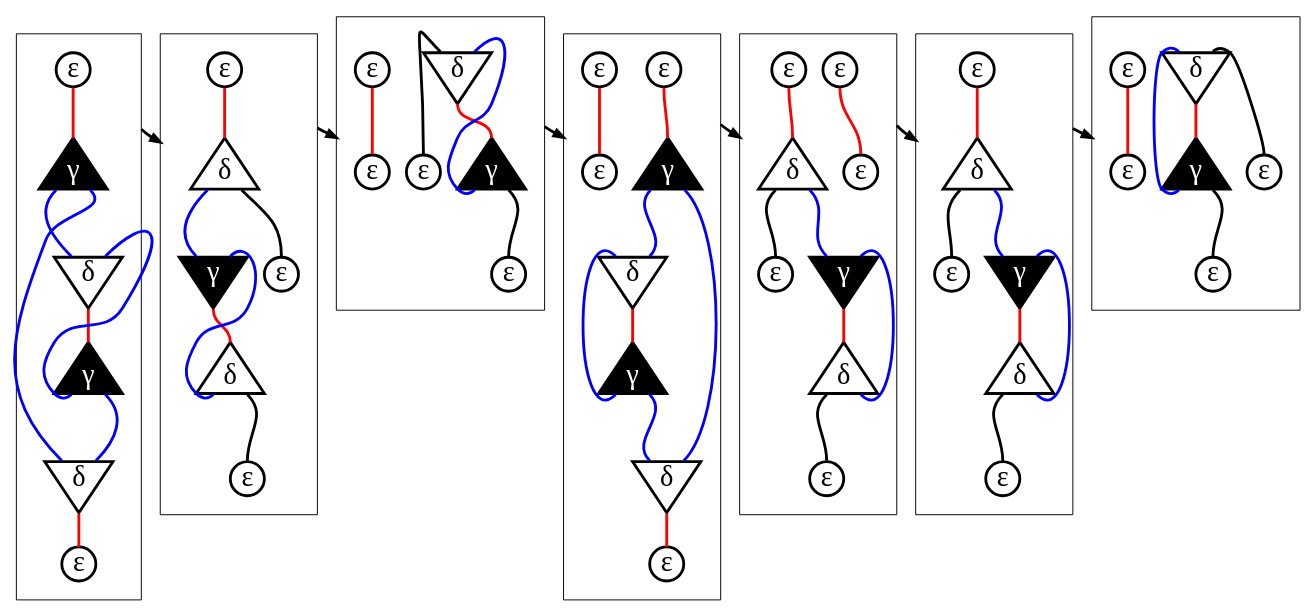
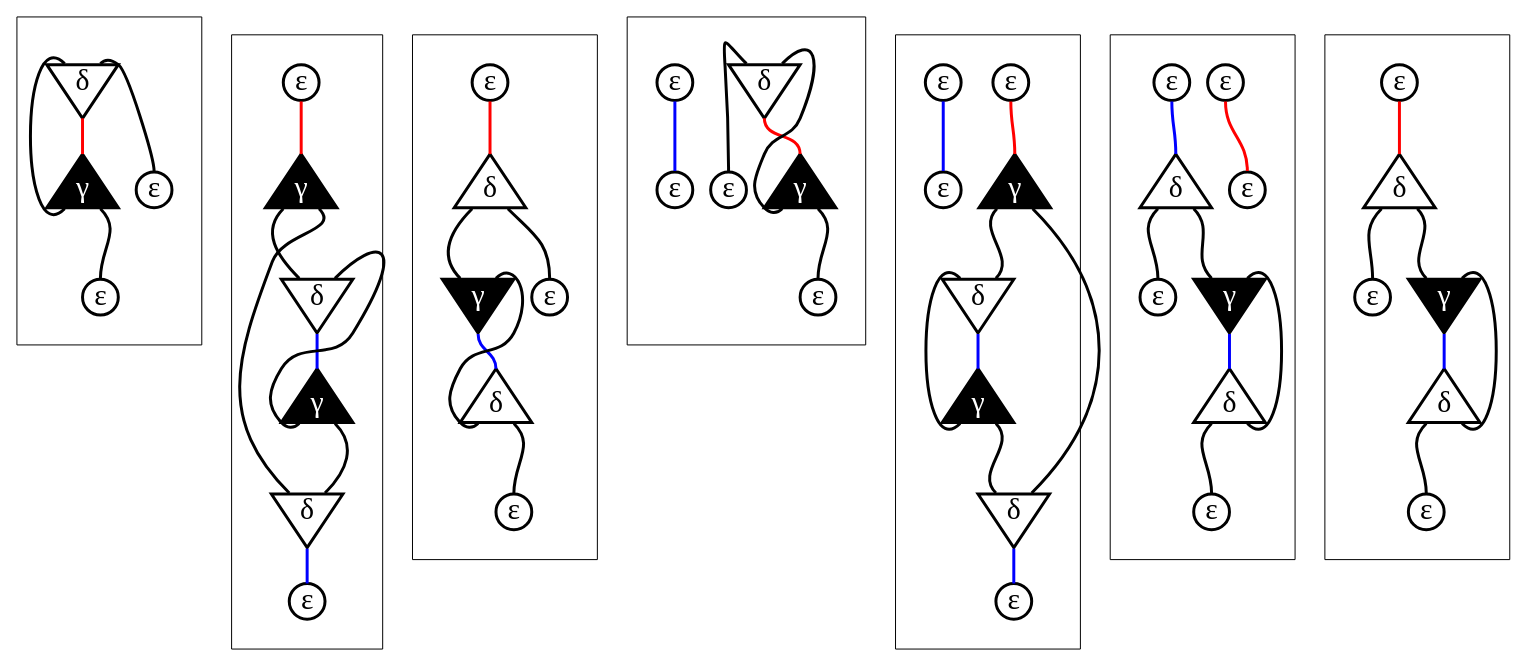
The diagram in inet.gv (FranchuFranchu/inet-gv), drawn with Graphviz before and after one commit. The commit also changed 2 other files, not shown here.

Commit message:
Now the reduced active pair is shown in red.

```diff
--- a/inet.gv
+++ b/inet.gv
@@ -1,5 +1,5 @@
 digraph inet {
-    graph [margin=20]
+    graph [margin=30]
     node [penwidth=3,fontsize=30]
     edge [penwidth=3]
     
@@ -7,120 +7,111 @@
     compound=true;
     subgraph cluster_step0 {
 dummy_0 [shape=point,style=invis];
-	 "sg0n0":s-> "sg0n4":n [color=red] [arrowhead=none];
-	 "sg0n4":sw-> "sg0n2":nw [color=blue] [arrowhead=none];
-	 "sg0n2":s-> "sg0n5":n [color=red] [arrowhead=none];
-	 "sg0n5":sw-> "sg0n2":ne [color=blue] [arrowhead=none];
-	 "sg0n5":se-> "sg0n3":ne [color=blue] [arrowhead=none];
-	 "sg0n3":s-> "sg0n1":n [color=red] [arrowhead=none];
-	"sg0n1" [label="ε", shape=circle, width=0.2,fixedsize=true,height=0.5,fontcolor=black] [orientation=0];
-	 "sg0n3":nw-> "sg0n4":se [color=blue] [arrowhead=none];
-	"sg0n3" [label="δ", margin=0,shape=triangle,fixedsize=true,width=1,fillcolor=black,height=1,style=stroke,fontcolor=black] [orientation=180];
-	"sg0n5" [label="γ", margin=0,shape=triangle,fixedsize=true,width=1,fillcolor=black,height=1,style=filled,fontcolor=white] [orientation=0];
-	"sg0n2" [label="δ", margin=0,shape=triangle,fixedsize=true,width=1,fillcolor=black,height=1,style=stroke,fontcolor=black] [orientation=180];
-	"sg0n4" [label="γ", margin=0,shape=triangle,fixedsize=true,width=1,fillcolor=black,height=1,style=filled,fontcolor=white] [orientation=0];
-	"sg0n0" [label="ε", shape=circle, width=0.2,fixedsize=true,height=0.5,fontcolor=black] [orientation=180];
+	 "sg0n0":s-> "sg0n1":n [color=red] [arrowhead=none];
+	 "sg0n1":sw-> "sg0n0":nw [color=black] [arrowhead=none];
+	 "sg0n1":se-> "sg0n3":n [color=black] [arrowhead=none];
+	"sg0n3" [label="ε", shape=circle, width=0.2,fixedsize=true,height=0.5,fontcolor=black] [orientation=0];
+	"sg0n1" [label="γ", margin=0,shape=triangle,fixedsize=true,width=1,fillcolor=black,height=1,style=filled,fontcolor=white] [orientation=0];
+	 "sg0n0":ne-> "sg0n2":n [color=black] [arrowhead=none];
+	"sg0n2" [label="ε", shape=circle, width=0.2,fixedsize=true,height=0.5,fontcolor=black] [orientation=0];
+	"sg0n0" [label="δ", margin=0,shape=triangle,fixedsize=true,width=1,fillcolor=black,height=1,style=stroke,fontcolor=black] [orientation=180];
 }
-dummy_0:s -> dummy_1:s [constraint=false,ltail=cluster_step0,lhead=cluster_step1];
 subgraph cluster_step1 {
 dummy_1 [shape=point,style=invis];
-	 "sg1n0":s-> "sg1n2":n [color=red] [arrowhead=none];
-	 "sg1n2":sw-> "sg1n3":nw [color=blue] [arrowhead=none];
-	 "sg1n3":s-> "sg1n1":n [color=red] [arrowhead=none];
-	 "sg1n1":sw-> "sg1n3":ne [color=blue] [arrowhead=none];
-	 "sg1n1":se-> "sg1n4":n [arrowhead=none];
-	"sg1n4" [label="ε", shape=circle, width=0.2,fixedsize=true,height=0.5,fontcolor=black] [orientation=0];
-	"sg1n1" [label="δ", margin=0,shape=triangle,fixedsize=true,width=1,fillcolor=black,height=1,style=stroke,fontcolor=black] [orientation=0];
-	"sg1n3" [label="γ", margin=0,shape=triangle,fixedsize=true,width=1,fillcolor=black,height=1,style=filled,fontcolor=white] [orientation=180];
-	 "sg1n2":se-> "sg1n5":n [arrowhead=none];
-	"sg1n5" [label="ε", shape=circle, width=0.2,fixedsize=true,height=0.5,fontcolor=black] [orientation=0];
-	"sg1n2" [label="δ", margin=0,shape=triangle,fixedsize=true,width=1,fillcolor=black,height=1,style=stroke,fontcolor=black] [orientation=0];
+	 "sg1n0":s-> "sg1n4":n [color=red] [arrowhead=none];
+	 "sg1n4":sw-> "sg1n2":nw [color=black] [arrowhead=none];
+	 "sg1n2":s-> "sg1n5":n [color=blue] [arrowhead=none];
+	 "sg1n5":sw-> "sg1n2":ne [color=black] [arrowhead=none];
+	 "sg1n5":se-> "sg1n3":ne [color=black] [arrowhead=none];
+	 "sg1n3":s-> "sg1n1":n [color=blue] [arrowhead=none];
+	"sg1n1" [label="ε", shape=circle, width=0.2,fixedsize=true,height=0.5,fontcolor=black] [orientation=0];
+	 "sg1n3":nw-> "sg1n4":se [color=black] [arrowhead=none];
+	"sg1n3" [label="δ", margin=0,shape=triangle,fixedsize=true,width=1,fillcolor=black,height=1,style=stroke,fontcolor=black] [orientation=180];
+	"sg1n5" [label="γ", margin=0,shape=triangle,fixedsize=true,width=1,fillcolor=black,height=1,style=filled,fontcolor=white] [orientation=0];
+	"sg1n2" [label="δ", margin=0,shape=triangle,fixedsize=true,width=1,fillcolor=black,height=1,style=stroke,fontcolor=black] [orientation=180];
+	"sg1n4" [label="γ", margin=0,shape=triangle,fixedsize=true,width=1,fillcolor=black,height=1,style=filled,fontcolor=white] [orientation=0];
 	"sg1n0" [label="ε", shape=circle, width=0.2,fixedsize=true,height=0.5,fontcolor=black] [orientation=180];
 }
-dummy_1:s -> dummy_2:s [constraint=false,ltail=cluster_step1,lhead=cluster_step2];
 subgraph cluster_step2 {
 dummy_2 [shape=point,style=invis];
-	 "sg2n0":s-> "sg2n1":n [color=red] [arrowhead=none];
-	 "sg2n1":sw-> "sg2n0":ne [color=blue] [arrowhead=none];
-	 "sg2n1":se-> "sg2n4":n [arrowhead=none];
+	 "sg2n0":s-> "sg2n2":n [color=red] [arrowhead=none];
+	 "sg2n2":sw-> "sg2n3":nw [color=black] [arrowhead=none];
+	 "sg2n3":s-> "sg2n1":n [color=blue] [arrowhead=none];
+	 "sg2n1":sw-> "sg2n3":ne [color=black] [arrowhead=none];
+	 "sg2n1":se-> "sg2n4":n [color=black] [arrowhead=none];
 	"sg2n4" [label="ε", shape=circle, width=0.2,fixedsize=true,height=0.5,fontcolor=black] [orientation=0];
-	"sg2n1" [label="γ", margin=0,shape=triangle,fixedsize=true,width=1,fillcolor=black,height=1,style=filled,fontcolor=white] [orientation=0];
-	 "sg2n0":nw-> "sg2n2":n [arrowhead=none];
-	"sg2n2" [label="ε", shape=circle, width=0.2,fixedsize=true,height=0.5,fontcolor=black] [orientation=0];
-	"sg2n0" [label="δ", margin=0,shape=triangle,fixedsize=true,width=1,fillcolor=black,height=1,style=stroke,fontcolor=black] [orientation=180];
-	 "sg2n3":s-> "sg2n5":n [color=red] [arrowhead=none];
+	"sg2n1" [label="δ", margin=0,shape=triangle,fixedsize=true,width=1,fillcolor=black,height=1,style=stroke,fontcolor=black] [orientation=0];
+	"sg2n3" [label="γ", margin=0,shape=triangle,fixedsize=true,width=1,fillcolor=black,height=1,style=filled,fontcolor=white] [orientation=180];
+	 "sg2n2":se-> "sg2n5":n [color=black] [arrowhead=none];
 	"sg2n5" [label="ε", shape=circle, width=0.2,fixedsize=true,height=0.5,fontcolor=black] [orientation=0];
-	"sg2n3" [label="ε", shape=circle, width=0.2,fixedsize=true,height=0.5,fontcolor=black] [orientation=180];
+	"sg2n2" [label="δ", margin=0,shape=triangle,fixedsize=true,width=1,fillcolor=black,height=1,style=stroke,fontcolor=black] [orientation=0];
+	"sg2n0" [label="ε", shape=circle, width=0.2,fixedsize=true,height=0.5,fontcolor=black] [orientation=180];
 }
-dummy_2:s -> dummy_3:s [constraint=false,ltail=cluster_step2,lhead=cluster_step3];
 subgraph cluster_step3 {
 dummy_3 [shape=point,style=invis];
-	 "sg3n0":s-> "sg3n7":n [color=red] [arrowhead=none];
-	 "sg3n7":sw-> "sg3n4":ne [color=blue] [arrowhead=none];
-	 "sg3n4":s-> "sg3n6":n [color=red] [arrowhead=none];
-	 "sg3n6":sw-> "sg3n4":nw [color=blue] [arrowhead=none];
-	 "sg3n6":se-> "sg3n5":nw [color=blue] [arrowhead=none];
-	 "sg3n5":s-> "sg3n2":n [color=red] [arrowhead=none];
+	 "sg3n0":s-> "sg3n1":n [color=red] [arrowhead=none];
+	 "sg3n1":sw-> "sg3n0":ne [color=black] [arrowhead=none];
+	 "sg3n1":se-> "sg3n4":n [color=black] [arrowhead=none];
+	"sg3n4" [label="ε", shape=circle, width=0.2,fixedsize=true,height=0.5,fontcolor=black] [orientation=0];
+	"sg3n1" [label="γ", margin=0,shape=triangle,fixedsize=true,width=1,fillcolor=black,height=1,style=filled,fontcolor=white] [orientation=0];
+	 "sg3n0":nw-> "sg3n2":n [color=black] [arrowhead=none];
 	"sg3n2" [label="ε", shape=circle, width=0.2,fixedsize=true,height=0.5,fontcolor=black] [orientation=0];
-	 "sg3n5":ne-> "sg3n7":se [color=blue] [arrowhead=none];
-	"sg3n5" [label="δ", margin=0,shape=triangle,fixedsize=true,width=1,fillcolor=black,height=1,style=stroke,fontcolor=black] [orientation=180];
-	"sg3n6" [label="γ", margin=0,shape=triangle,fixedsize=true,width=1,fillcolor=black,height=1,style=filled,fontcolor=white] [orientation=0];
-	"sg3n4" [label="δ", margin=0,shape=triangle,fixedsize=true,width=1,fillcolor=black,height=1,style=stroke,fontcolor=black] [orientation=180];
-	"sg3n7" [label="γ", margin=0,shape=triangle,fixedsize=true,width=1,fillcolor=black,height=1,style=filled,fontcolor=white] [orientation=0];
-	"sg3n0" [label="ε", shape=circle, width=0.2,fixedsize=true,height=0.5,fontcolor=black] [orientation=180];
-	 "sg3n1":s-> "sg3n3":n [color=red] [arrowhead=none];
-	"sg3n3" [label="ε", shape=circle, width=0.2,fixedsize=true,height=0.5,fontcolor=black] [orientation=0];
-	"sg3n1" [label="ε", shape=circle, width=0.2,fixedsize=true,height=0.5,fontcolor=black] [orientation=180];
+	"sg3n0" [label="δ", margin=0,shape=triangle,fixedsize=true,width=1,fillcolor=black,height=1,style=stroke,fontcolor=black] [orientation=180];
+	 "sg3n3":s-> "sg3n5":n [color=blue] [arrowhead=none];
+	"sg3n5" [label="ε", shape=circle, width=0.2,fixedsize=true,height=0.5,fontcolor=black] [orientation=0];
+	"sg3n3" [label="ε", shape=circle, width=0.2,fixedsize=true,height=0.5,fontcolor=black] [orientation=180];
 }
-dummy_3:s -> dummy_4:s [constraint=false,ltail=cluster_step3,lhead=cluster_step4];
 subgraph cluster_step4 {
 dummy_4 [shape=point,style=invis];
-	 "sg4n0":s-> "sg4n2":n [color=red] [arrowhead=none];
+	 "sg4n0":s-> "sg4n7":n [color=red] [arrowhead=none];
+	 "sg4n7":sw-> "sg4n4":ne [color=black] [arrowhead=none];
+	 "sg4n4":s-> "sg4n6":n [color=blue] [arrowhead=none];
+	 "sg4n6":sw-> "sg4n4":nw [color=black] [arrowhead=none];
+	 "sg4n6":se-> "sg4n5":nw [color=black] [arrowhead=none];
+	 "sg4n5":s-> "sg4n2":n [color=blue] [arrowhead=none];
 	"sg4n2" [label="ε", shape=circle, width=0.2,fixedsize=true,height=0.5,fontcolor=black] [orientation=0];
+	 "sg4n5":ne-> "sg4n7":se [color=black] [arrowhead=none];
+	"sg4n5" [label="δ", margin=0,shape=triangle,fixedsize=true,width=1,fillcolor=black,height=1,style=stroke,fontcolor=black] [orientation=180];
+	"sg4n6" [label="γ", margin=0,shape=triangle,fixedsize=true,width=1,fillcolor=black,height=1,style=filled,fontcolor=white] [orientation=0];
+	"sg4n4" [label="δ", margin=0,shape=triangle,fixedsize=true,width=1,fillcolor=black,height=1,style=stroke,fontcolor=black] [orientation=180];
+	"sg4n7" [label="γ", margin=0,shape=triangle,fixedsize=true,width=1,fillcolor=black,height=1,style=filled,fontcolor=white] [orientation=0];
 	"sg4n0" [label="ε", shape=circle, width=0.2,fixedsize=true,height=0.5,fontcolor=black] [orientation=180];
-	 "sg4n1":s-> "sg4n4":n [color=red] [arrowhead=none];
-	 "sg4n4":sw-> "sg4n7":n [arrowhead=none];
-	"sg4n7" [label="ε", shape=circle, width=0.2,fixedsize=true,height=0.5,fontcolor=black] [orientation=0];
-	 "sg4n4":se-> "sg4n5":nw [color=blue] [arrowhead=none];
-	 "sg4n5":s-> "sg4n3":n [color=red] [arrowhead=none];
-	 "sg4n3":sw-> "sg4n6":n [arrowhead=none];
-	"sg4n6" [label="ε", shape=circle, width=0.2,fixedsize=true,height=0.5,fontcolor=black] [orientation=0];
-	 "sg4n3":se-> "sg4n5":ne [color=blue] [arrowhead=none];
-	"sg4n3" [label="δ", margin=0,shape=triangle,fixedsize=true,width=1,fillcolor=black,height=1,style=stroke,fontcolor=black] [orientation=0];
-	"sg4n5" [label="γ", margin=0,shape=triangle,fixedsize=true,width=1,fillcolor=black,height=1,style=filled,fontcolor=white] [orientation=180];
-	"sg4n4" [label="δ", margin=0,shape=triangle,fixedsize=true,width=1,fillcolor=black,height=1,style=stroke,fontcolor=black] [orientation=0];
+	 "sg4n1":s-> "sg4n3":n [color=blue] [arrowhead=none];
+	"sg4n3" [label="ε", shape=circle, width=0.2,fixedsize=true,height=0.5,fontcolor=black] [orientation=0];
 	"sg4n1" [label="ε", shape=circle, width=0.2,fixedsize=true,height=0.5,fontcolor=black] [orientation=180];
 }
-dummy_4:s -> dummy_5:s [constraint=false,ltail=cluster_step4,lhead=cluster_step5];
 subgraph cluster_step5 {
 dummy_5 [shape=point,style=invis];
 	 "sg5n0":s-> "sg5n2":n [color=red] [arrowhead=none];
-	 "sg5n2":sw-> "sg5n5":n [arrowhead=none];
-	"sg5n5" [label="ε", shape=circle, width=0.2,fixedsize=true,height=0.5,fontcolor=black] [orientation=0];
-	 "sg5n2":se-> "sg5n3":nw [color=blue] [arrowhead=none];
-	 "sg5n3":s-> "sg5n1":n [color=red] [arrowhead=none];
-	 "sg5n1":sw-> "sg5n4":n [arrowhead=none];
-	"sg5n4" [label="ε", shape=circle, width=0.2,fixedsize=true,height=0.5,fontcolor=black] [orientation=0];
-	 "sg5n1":se-> "sg5n3":ne [color=blue] [arrowhead=none];
-	"sg5n1" [label="δ", margin=0,shape=triangle,fixedsize=true,width=1,fillcolor=black,height=1,style=stroke,fontcolor=black] [orientation=0];
-	"sg5n3" [label="γ", margin=0,shape=triangle,fixedsize=true,width=1,fillcolor=black,height=1,style=filled,fontcolor=white] [orientation=180];
-	"sg5n2" [label="δ", margin=0,shape=triangle,fixedsize=true,width=1,fillcolor=black,height=1,style=stroke,fontcolor=black] [orientation=0];
+	"sg5n2" [label="ε", shape=circle, width=0.2,fixedsize=true,height=0.5,fontcolor=black] [orientation=0];
 	"sg5n0" [label="ε", shape=circle, width=0.2,fixedsize=true,height=0.5,fontcolor=black] [orientation=180];
+	 "sg5n1":s-> "sg5n4":n [color=blue] [arrowhead=none];
+	 "sg5n4":sw-> "sg5n7":n [color=black] [arrowhead=none];
+	"sg5n7" [label="ε", shape=circle, width=0.2,fixedsize=true,height=0.5,fontcolor=black] [orientation=0];
+	 "sg5n4":se-> "sg5n5":nw [color=black] [arrowhead=none];
+	 "sg5n5":s-> "sg5n3":n [color=blue] [arrowhead=none];
+	 "sg5n3":sw-> "sg5n6":n [color=black] [arrowhead=none];
+	"sg5n6" [label="ε", shape=circle, width=0.2,fixedsize=true,height=0.5,fontcolor=black] [orientation=0];
+	 "sg5n3":se-> "sg5n5":ne [color=black] [arrowhead=none];
+	"sg5n3" [label="δ", margin=0,shape=triangle,fixedsize=true,width=1,fillcolor=black,height=1,style=stroke,fontcolor=black] [orientation=0];
+	"sg5n5" [label="γ", margin=0,shape=triangle,fixedsize=true,width=1,fillcolor=black,height=1,style=filled,fontcolor=white] [orientation=180];
+	"sg5n4" [label="δ", margin=0,shape=triangle,fixedsize=true,width=1,fillcolor=black,height=1,style=stroke,fontcolor=black] [orientation=0];
+	"sg5n1" [label="ε", shape=circle, width=0.2,fixedsize=true,height=0.5,fontcolor=black] [orientation=180];
 }
-dummy_5:s -> dummy_6:s [constraint=false,ltail=cluster_step5,lhead=cluster_step6];
 subgraph cluster_step6 {
 dummy_6 [shape=point,style=invis];
-	 "sg6n0":s-> "sg6n1":n [color=red] [arrowhead=none];
-	 "sg6n1":sw-> "sg6n0":nw [color=blue] [arrowhead=none];
-	 "sg6n1":se-> "sg6n5":n [arrowhead=none];
+	 "sg6n0":s-> "sg6n2":n [color=red] [arrowhead=none];
+	 "sg6n2":sw-> "sg6n5":n [color=black] [arrowhead=none];
 	"sg6n5" [label="ε", shape=circle, width=0.2,fixedsize=true,height=0.5,fontcolor=black] [orientation=0];
-	"sg6n1" [label="γ", margin=0,shape=triangle,fixedsize=true,width=1,fillcolor=black,height=1,style=filled,fontcolor=white] [orientation=0];
-	 "sg6n0":ne-> "sg6n2":n [arrowhead=none];
-	"sg6n2" [label="ε", shape=circle, width=0.2,fixedsize=true,height=0.5,fontcolor=black] [orientation=0];
-	"sg6n0" [label="δ", margin=0,shape=triangle,fixedsize=true,width=1,fillcolor=black,height=1,style=stroke,fontcolor=black] [orientation=180];
-	 "sg6n3":s-> "sg6n4":n [color=red] [arrowhead=none];
+	 "sg6n2":se-> "sg6n3":nw [color=black] [arrowhead=none];
+	 "sg6n3":s-> "sg6n1":n [color=blue] [arrowhead=none];
+	 "sg6n1":sw-> "sg6n4":n [color=black] [arrowhead=none];
 	"sg6n4" [label="ε", shape=circle, width=0.2,fixedsize=true,height=0.5,fontcolor=black] [orientation=0];
-	"sg6n3" [label="ε", shape=circle, width=0.2,fixedsize=true,height=0.5,fontcolor=black] [orientation=180];
+	 "sg6n1":se-> "sg6n3":ne [color=black] [arrowhead=none];
+	"sg6n1" [label="δ", margin=0,shape=triangle,fixedsize=true,width=1,fillcolor=black,height=1,style=stroke,fontcolor=black] [orientation=0];
+	"sg6n3" [label="γ", margin=0,shape=triangle,fixedsize=true,width=1,fillcolor=black,height=1,style=filled,fontcolor=white] [orientation=180];
+	"sg6n2" [label="δ", margin=0,shape=triangle,fixedsize=true,width=1,fillcolor=black,height=1,style=stroke,fontcolor=black] [orientation=0];
+	"sg6n0" [label="ε", shape=circle, width=0.2,fixedsize=true,height=0.5,fontcolor=black] [orientation=180];
 }
 
     }
```
